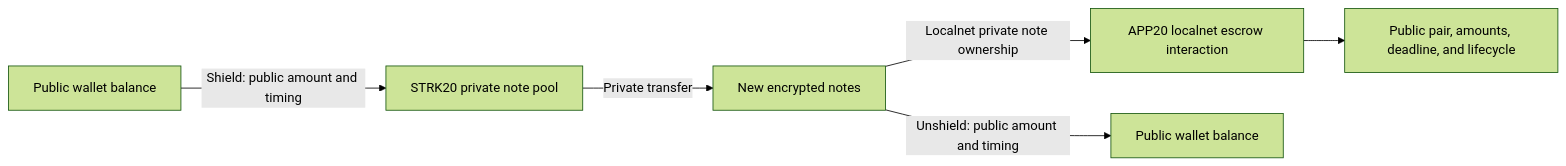
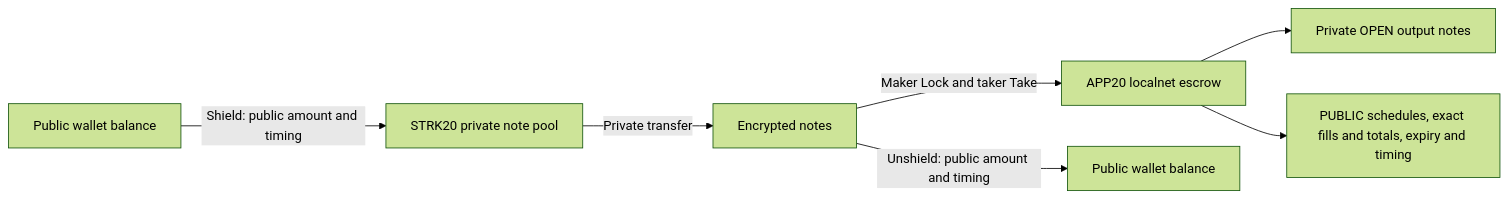
The second of 8 diagrams in README.md (gstohl/app20), drawn with Mermaid (forest theme) before and after one commit. The commit also changed other lines of this file and 80 other files, not shown here.

````diff
--- a/README.md
+++ b/README.md
@@ -106,8 +112,9 @@
 ```mermaid
 flowchart LR
     A[Public wallet balance] -->|Shield: public amount and timing| P[STRK20 private note pool]
-    P -->|Private transfer| Q[New encrypted notes]
-    Q -->|Localnet private note ownership| E[APP20 localnet escrow interaction]
+    P -->|Private transfer| Q[Encrypted notes]
+    Q -->|Maker Lock and taker Take| E[APP20 localnet escrow]
+    E --> O[Private OPEN output notes]
     Q -->|Unshield: public amount and timing| B[Public wallet balance]
-    E --> C[Public pair, amounts, deadline, and lifecycle]
+    E --> C[PUBLIC schedules, exact fills and totals, expiry and timing]
 ```
````
